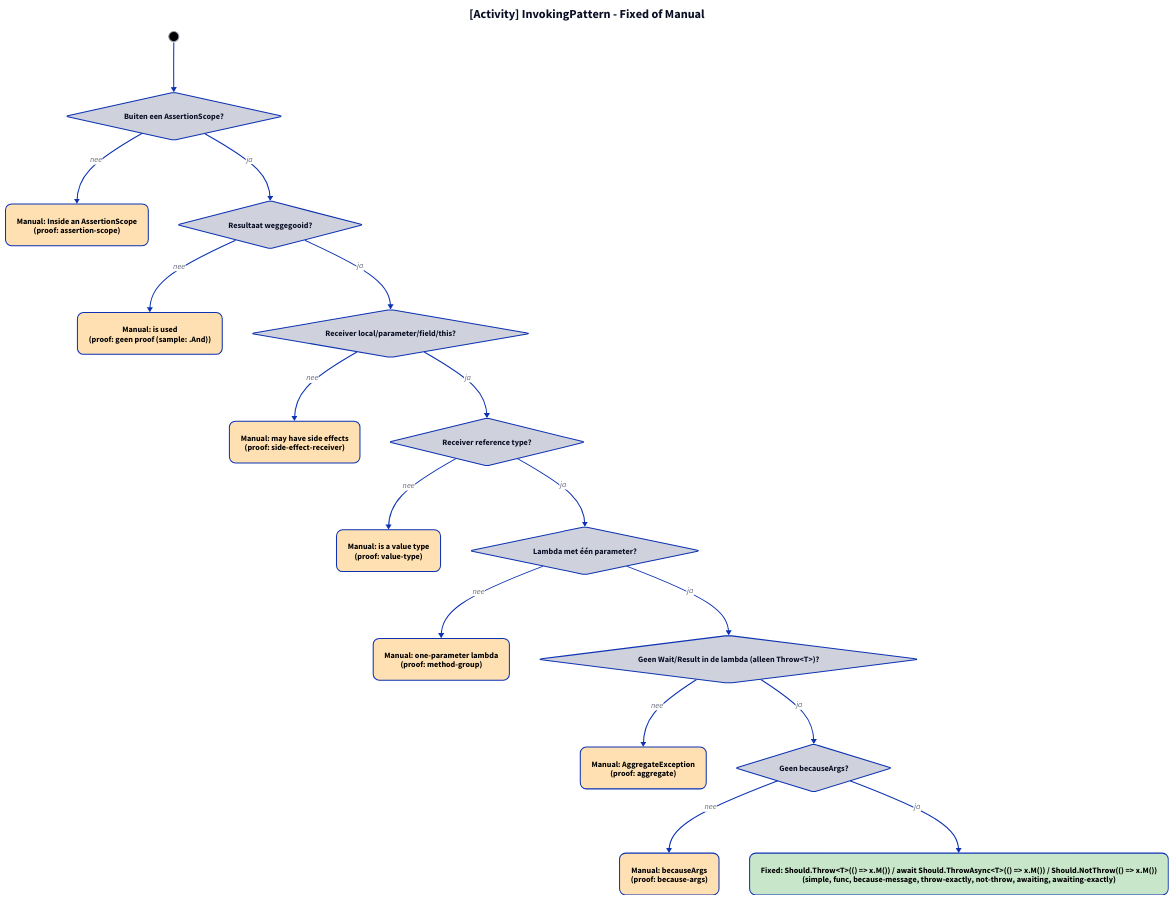
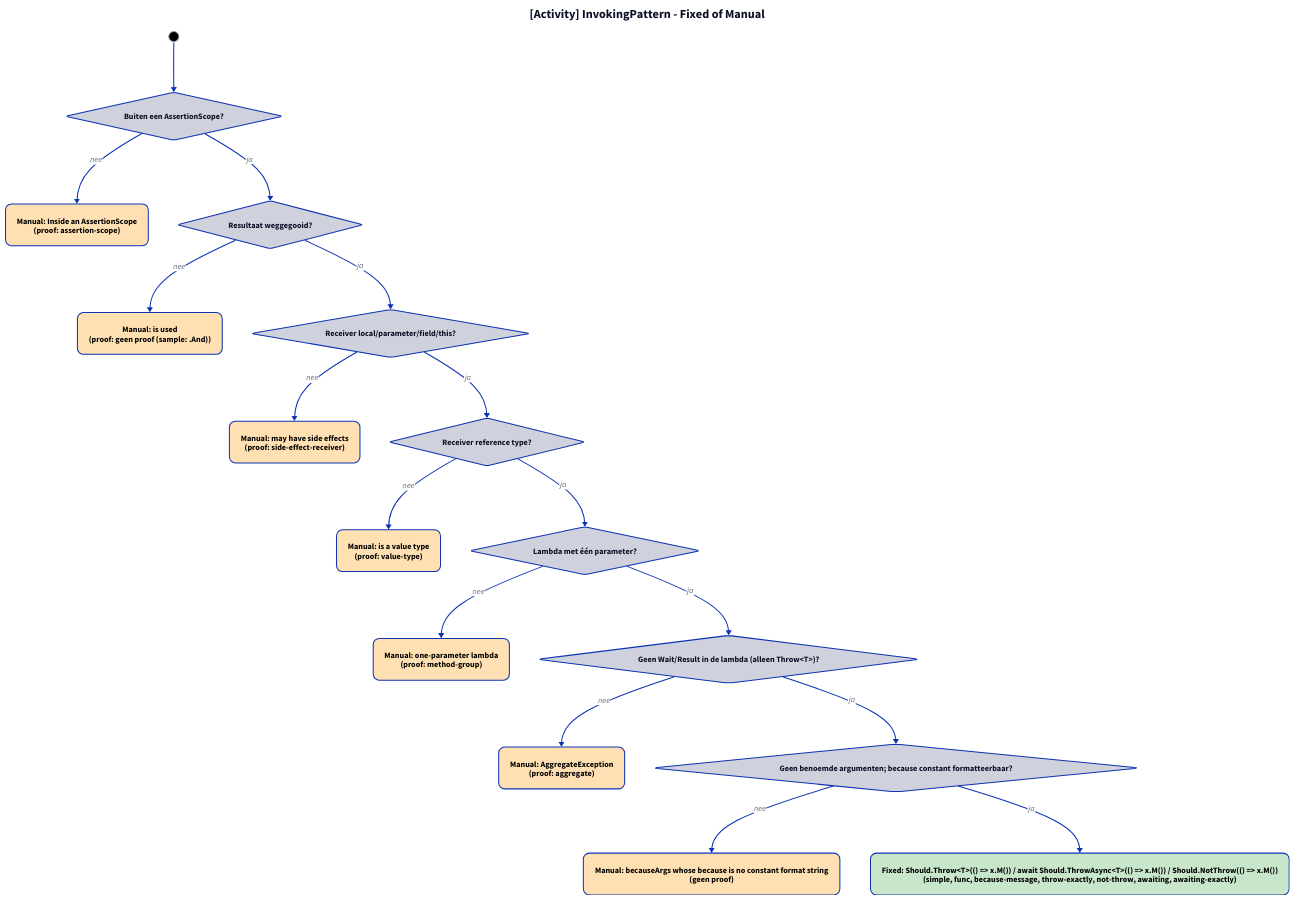
The diagram in docs/projectinfo/patterns/img/fa-invoking-modellen-3.d2 (ATkingma/unshackle), drawn with D2 before and after one commit. The commit also changed 462 other files, not shown here.

```diff
--- a/docs/projectinfo/patterns/img/fa-invoking-modellen-3.d2
+++ b/docs/projectinfo/patterns/img/fa-invoking-modellen-3.d2
@@ -1,33 +1,33 @@
 title: "[Activity] InvokingPattern - Fixed of Manual" {shape: text; near: top-center; style: {font-size: 24; bold: true}}
 direction: down
 start: "" {shape: circle; width: 20; style: {fill: black; stroke: "#9ca3af"}}
 q0: "Buiten een AssertionScope?" {shape: diamond}
 m0: "Manual: Inside an AssertionScope\n(proof: assertion-scope)" {style.fill: "#ffe0b2"; style.font-color: "#000000"; style.border-radius: 12}
 start -> q0
 q0 -> m0: nee
 q1: "Resultaat weggegooid?" {shape: diamond}
 m1: "Manual: is used\n(proof: geen proof (sample: .And))" {style.fill: "#ffe0b2"; style.font-color: "#000000"; style.border-radius: 12}
 q0 -> q1: ja
 q1 -> m1: nee
 q2: "Receiver local/parameter/field/this?" {shape: diamond}
 m2: "Manual: may have side effects\n(proof: side-effect-receiver)" {style.fill: "#ffe0b2"; style.font-color: "#000000"; style.border-radius: 12}
 q1 -> q2: ja
 q2 -> m2: nee
 q3: "Receiver reference type?" {shape: diamond}
 m3: "Manual: is a value type\n(proof: value-type)" {style.fill: "#ffe0b2"; style.font-color: "#000000"; style.border-radius: 12}
 q2 -> q3: ja
 q3 -> m3: nee
 q4: "Lambda met één parameter?" {shape: diamond}
 m4: "Manual: one-parameter lambda\n(proof: method-group)" {style.fill: "#ffe0b2"; style.font-color: "#000000"; style.border-radius: 12}
 q3 -> q4: ja
 q4 -> m4: nee
 q5: "Geen Wait/Result in de lambda (alleen Throw<T>)?" {shape: diamond}
 m5: "Manual: AggregateException\n(proof: aggregate)" {style.fill: "#ffe0b2"; style.font-color: "#000000"; style.border-radius: 12}
 q4 -> q5: ja
 q5 -> m5: nee
-q6: "Geen becauseArgs?" {shape: diamond}
-m6: "Manual: becauseArgs\n(proof: because-args)" {style.fill: "#ffe0b2"; style.font-color: "#000000"; style.border-radius: 12}
+q6: "Geen benoemde argumenten; because constant formatteerbaar?" {shape: diamond}
+m6: "Manual: becauseArgs whose because is no constant format string\n(geen proof)" {style.fill: "#ffe0b2"; style.font-color: "#000000"; style.border-radius: 12}
 q5 -> q6: ja
 q6 -> m6: nee
 f0: "Fixed: Should.Throw<T>(() => x.M()) / await Should.ThrowAsync<T>(() => x.M()) / Should.NotThrow(() => x.M())\n(simple, func, because-message, throw-exactly, not-throw, awaiting, awaiting-exactly)" {style.fill: "#c8e6c9"; style.font-color: "#000000"; style.border-radius: 12}
 q6 -> f0: ja
```
